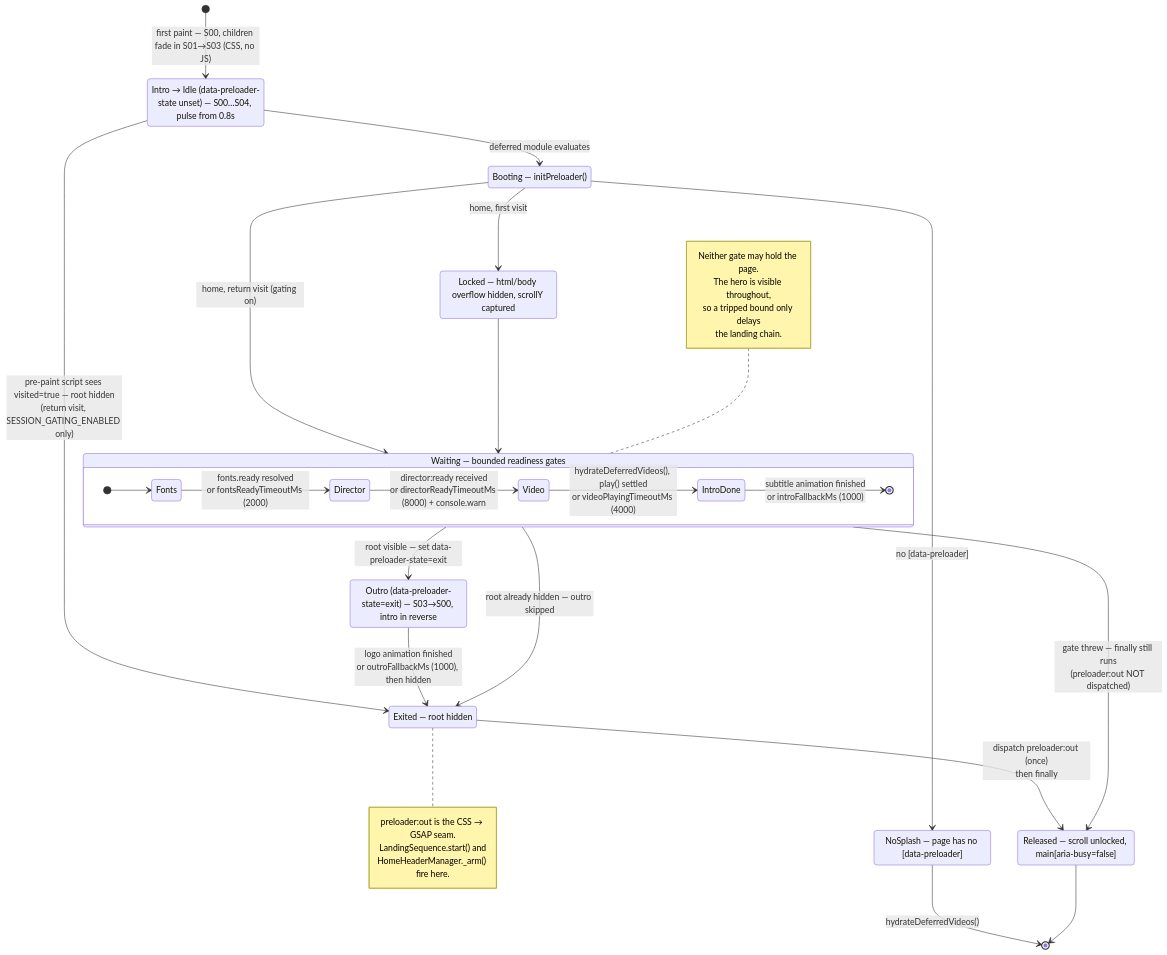
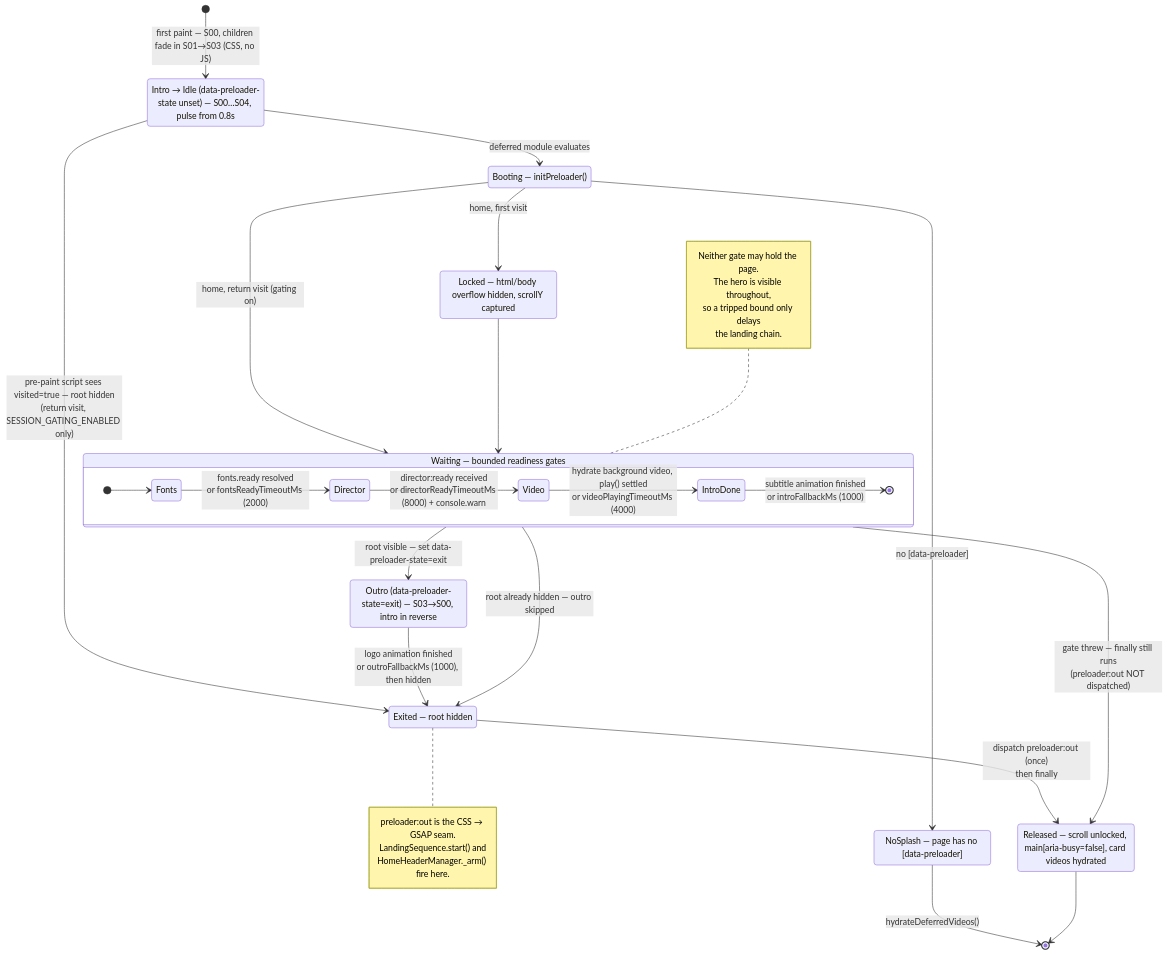
Before and after one commit to datainkio/portfolio-frontend: the second of 2 diagrams in js/preloader/README.preloader.md, drawn with Mermaid. The commit also changed other lines of this file and 20 other files, not shown here.

````diff
--- a/js/preloader/README.preloader.md
+++ b/js/preloader/README.preloader.md
@@ -97,54 +99,54 @@
 ```mermaid
 stateDiagram-v2
     direction TB
 
     [*] --> Intro : first paint — S00, children fade in S01→S03 (CSS, no JS)
 
     state "Intro → Idle (data-preloader-state unset) — S00…S04, pulse from 0.8s" as Intro
     state "Booting — initPreloader()" as Booting
     state "NoSplash — page has no [data-preloader]" as NoSplash
     state "Locked — html/body overflow hidden, scrollY captured" as Locked
     state "Waiting — bounded readiness gates" as Waiting {
         direction LR
         [*] --> Fonts
         Fonts --> Director : fonts.ready resolved<br/>or fontsReadyTimeoutMs (2000)
         Director --> Video : director#colon;ready received<br/>or directorReadyTimeoutMs (8000) + console.warn
-        Video --> IntroDone : hydrateDeferredVideos(), play() settled<br/>or videoPlayingTimeoutMs (4000)
+        Video --> IntroDone : hydrate background video, play() settled<br/>or videoPlayingTimeoutMs (4000)
         IntroDone --> [*] : subtitle animation finished<br/>or introFallbackMs (1000)
     }
     state "Outro (data-preloader-state=exit) — S03→S00, intro in reverse" as Settling
     state "Exited — root hidden" as Exited
-    state "Released — scroll unlocked, main[aria-busy=false]" as Released
+    state "Released — scroll unlocked, main[aria-busy=false], card videos hydrated" as Released
 
     Intro --> Exited : pre-paint script sees visited=true — root hidden<br/>(return visit, SESSION_GATING_ENABLED only)
     Intro --> Booting : deferred module evaluates
 
     Booting --> NoSplash : no [data-preloader]
     NoSplash --> [*] : hydrateDeferredVideos()
 
     Booting --> Locked : home, first visit
     Booting --> Waiting : home, return visit (gating on)
     Locked --> Waiting
 
     Waiting --> Settling : root visible — set data-preloader-state=exit
     Waiting --> Exited : root already hidden — outro skipped
 
     Settling --> Exited : logo animation finished<br/>or outroFallbackMs (1000), then hidden
 
     Exited --> Released : dispatch preloader#colon;out (once)<br/>then finally
     Waiting --> Released : gate threw — finally still runs<br/>(preloader#colon;out NOT dispatched)
 
     Released --> [*]
 
     note right of Exited
         preloader:out is the CSS → GSAP seam.
         LandingSequence.start() and
         HomeHeaderManager._arm() fire here.
     end note
     note left of Waiting
         Neither gate may hold the page.
         The hero is visible throughout,
         so a tripped bound only delays
         the landing chain.
     end note
 ```
````
